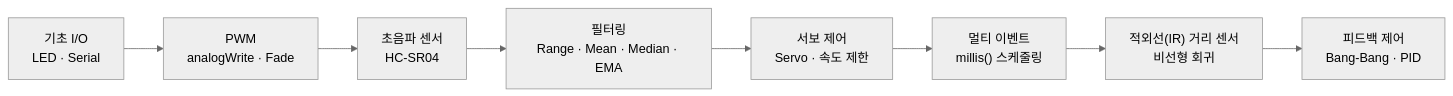
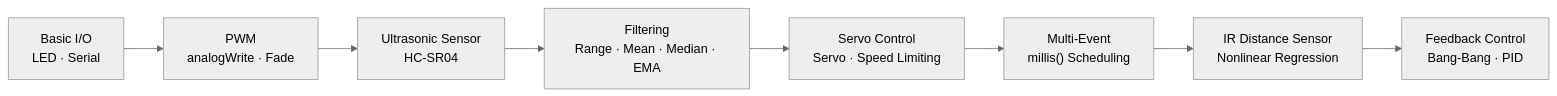
The diagram in README.md (mrpc2003/arduino-coursework-archive), drawn with Mermaid (neutral theme) before and after one commit. The commit also changed other lines of this file and 1 other file, not shown here.

````diff
--- a/README.md
+++ b/README.md
@@ -41,10 +41,10 @@
 ```mermaid
 flowchart LR
-    A["기초 I/O<br/>LED · Serial"] --> B["PWM<br/>analogWrite · Fade"]
-    B --> C["초음파 센서<br/>HC-SR04"]
-    C --> D["필터링<br/>Range · Mean · Median · EMA"]
-    D --> E["서보 제어<br/>Servo · 속도 제한"]
-    E --> F["멀티 이벤트<br/>millis() 스케줄링"]
-    F --> G["적외선(IR) 거리 센서<br/>비선형 회귀"]
-    G --> H["피드백 제어<br/>Bang-Bang · PID"]
+    A["Basic I/O<br/>LED · Serial"] --> B["PWM<br/>analogWrite · Fade"]
+    B --> C["Ultrasonic Sensor<br/>HC-SR04"]
+    C --> D["Filtering<br/>Range · Mean · Median · EMA"]
+    D --> E["Servo Control<br/>Servo · Speed Limiting"]
+    E --> F["Multi-Event<br/>millis() Scheduling"]
+    F --> G["IR Distance Sensor<br/>Nonlinear Regression"]
+    G --> H["Feedback Control<br/>Bang-Bang · PID"]
 ```
````
